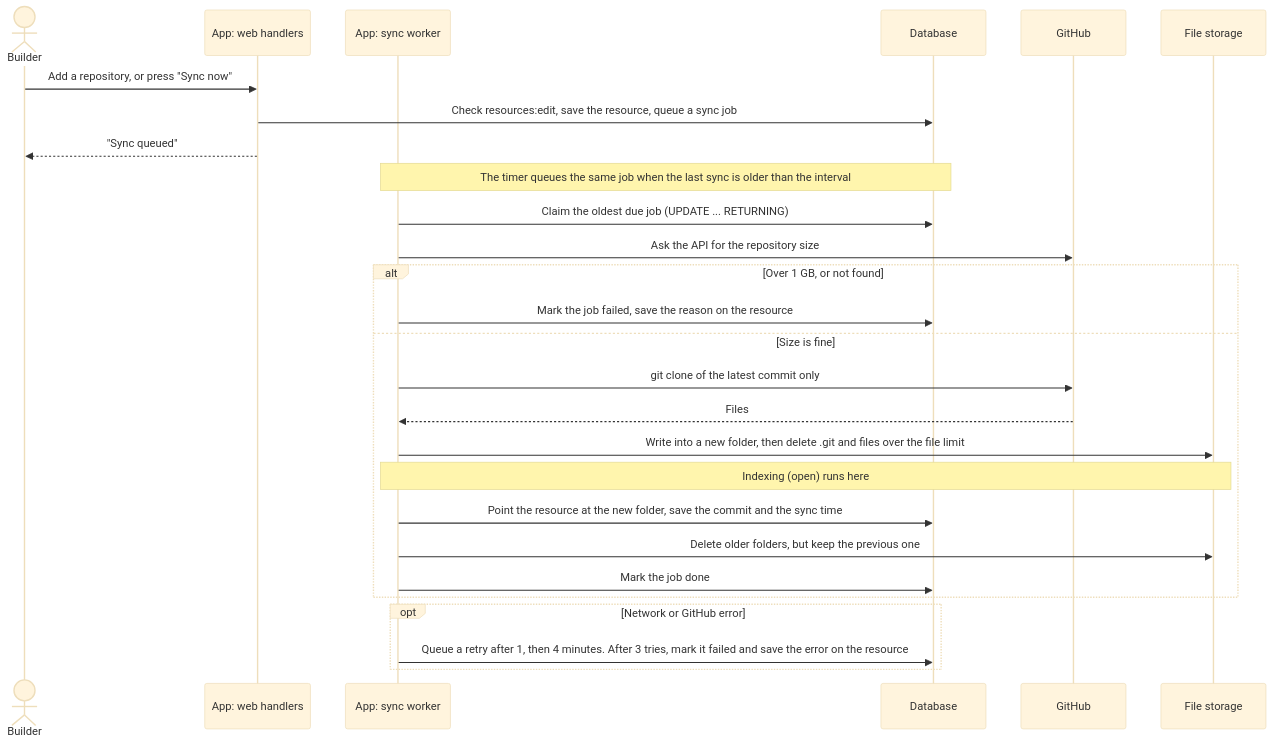
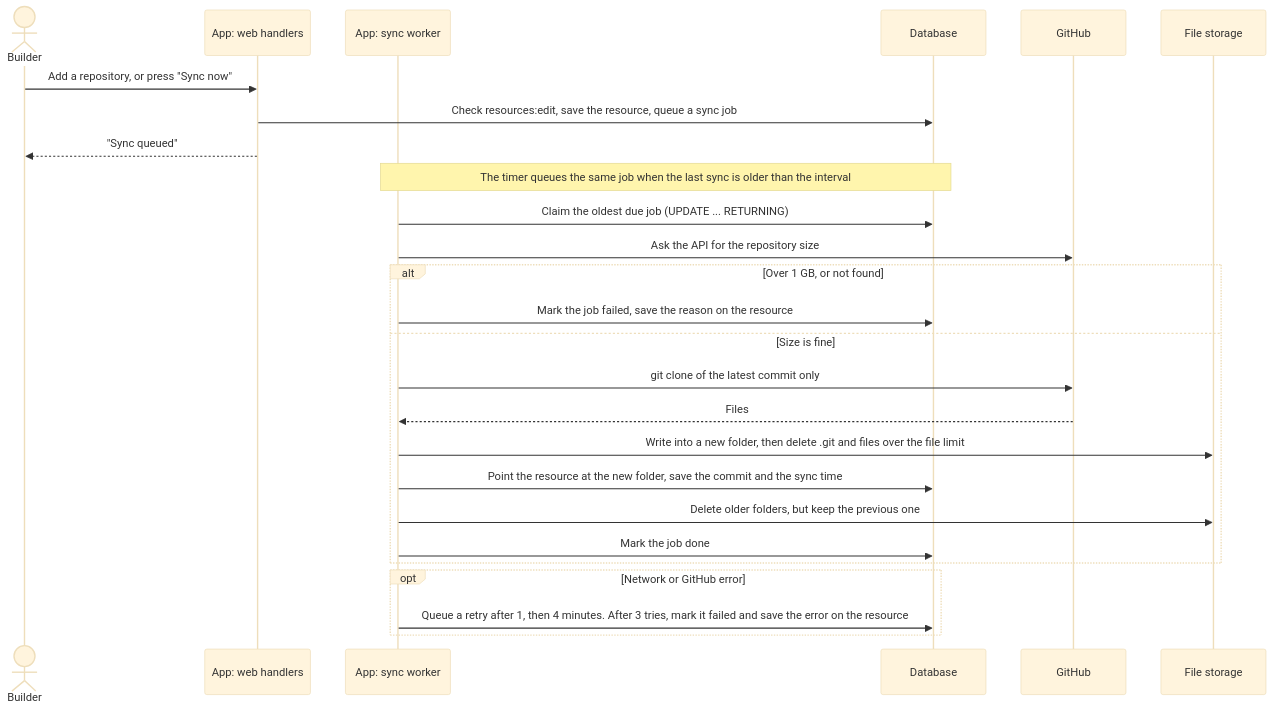
Before and after one commit to urtuba/repo-speaks: the fourth of 7 diagrams in ARCHITECTURE.md, drawn with Mermaid (base theme). The commit also changed other lines of this file and 2 other files, not shown here.

````diff
--- a/ARCHITECTURE.md
+++ b/ARCHITECTURE.md
@@ -93,30 +108,29 @@
 ```mermaid
 sequenceDiagram
     actor Builder
     participant Web as App: web handlers
     participant Worker as App: sync worker
     participant DB as Database
     participant GH as GitHub
     participant Files as File storage
 
     Builder->>Web: Add a repository, or press "Sync now"
     Web->>DB: Check resources:edit, save the resource, queue a sync job
     Web-->>Builder: "Sync queued"
     Note over Worker,DB: The timer queues the same job when the last sync is older than the interval
     Worker->>DB: Claim the oldest due job (UPDATE ... RETURNING)
     Worker->>GH: Ask the API for the repository size
     alt Over 1 GB, or not found
         Worker->>DB: Mark the job failed, save the reason on the resource
     else Size is fine
         Worker->>GH: git clone of the latest commit only
         GH-->>Worker: Files
         Worker->>Files: Write into a new folder, then delete .git and files over the file limit
-        Note over Worker,Files: Indexing (open) runs here
         Worker->>DB: Point the resource at the new folder, save the commit and the sync time
         Worker->>Files: Delete older folders, but keep the previous one
         Worker->>DB: Mark the job done
     end
     opt Network or GitHub error
         Worker->>DB: Queue a retry after 1, then 4 minutes. After 3 tries, mark it failed and save the error on the resource
     end
 ```
````
